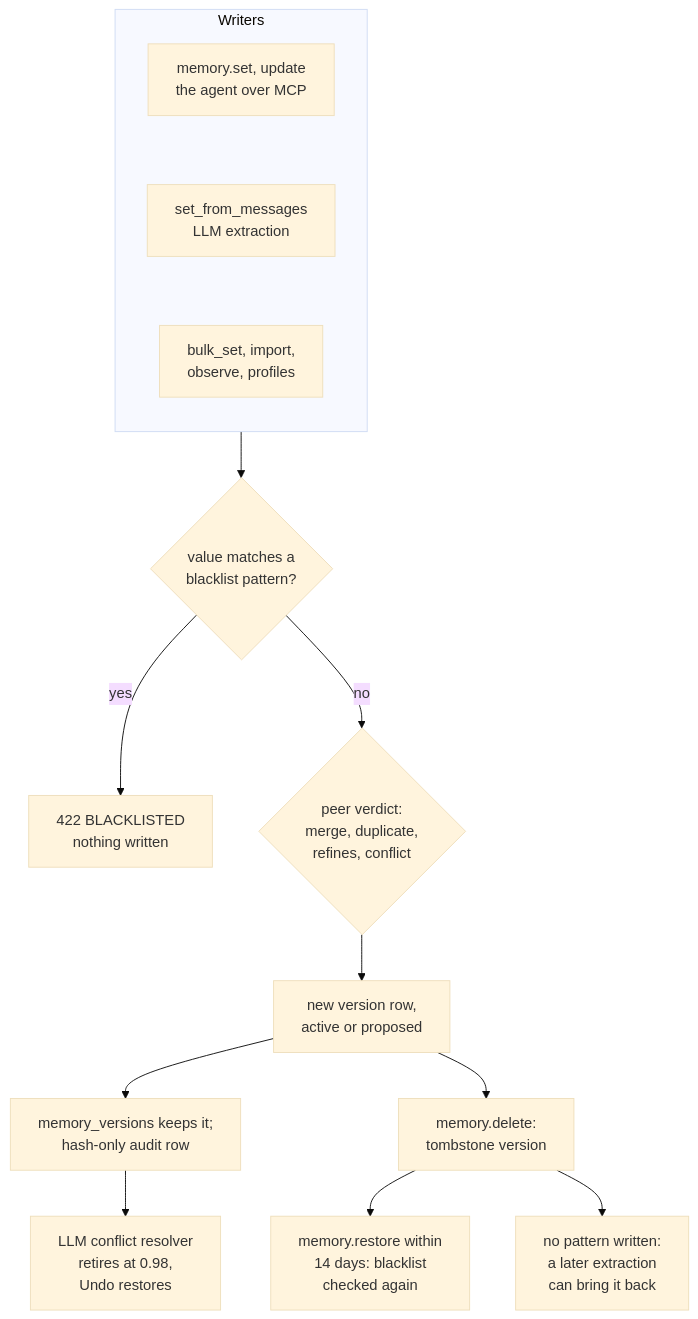
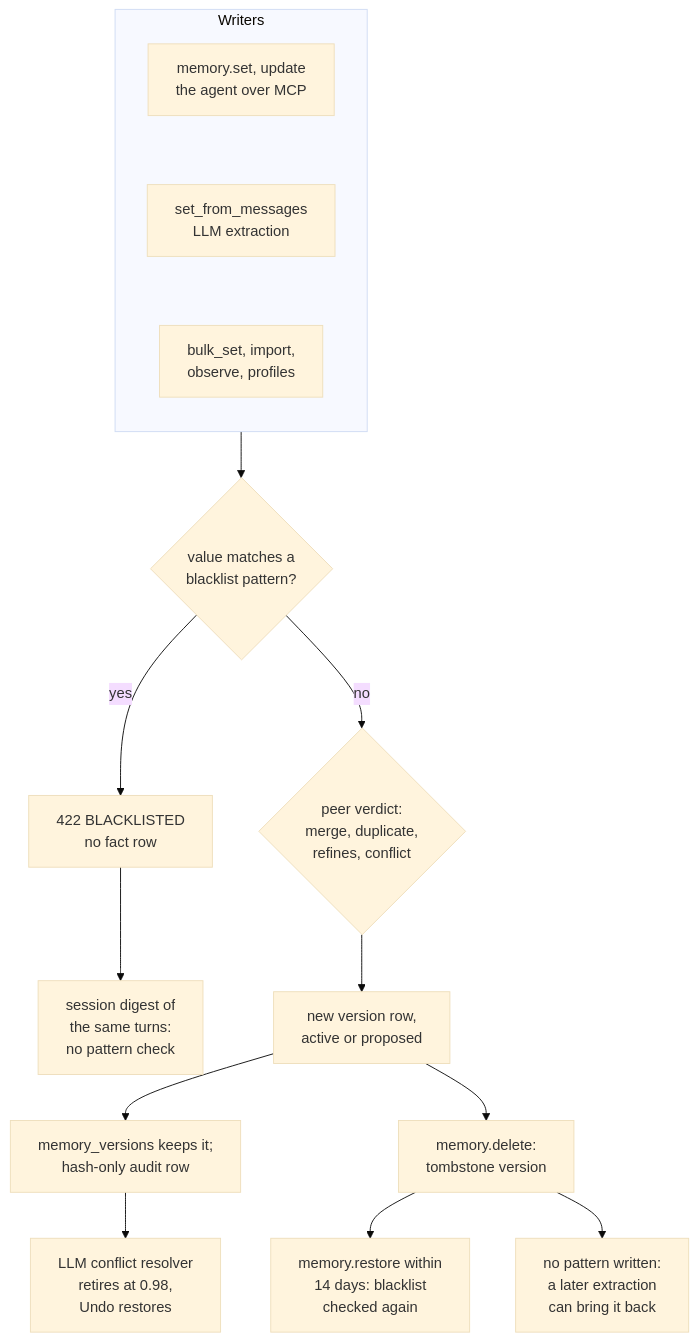
One commit to neoneye/agent-memory-atlas changed the diagram in content/systems/clickhouse-loom.md. Above: the diagram before and after it, drawn with Mermaid (base theme). The commit also changed other lines of this file and 14 other files, not shown here.

````diff
--- a/content/systems/clickhouse-loom.md
+++ b/content/systems/clickhouse-loom.md
@@ -92,20 +96,21 @@
 ```mermaid
-%% caption: a write is checked against the blacklist and its peers before the insert, every version is kept, a restore is checked again, and a delete leaves no pattern behind
+%% caption: a fact is checked against the blacklist and its peers before the insert, every version is kept, a restore is checked again, a delete leaves no pattern behind, and the session digest of the same turns is checked against none
 flowchart TD
   subgraph writers["Writers"]
     direction TB
     SET["memory.set, update<br/>the agent over MCP"]
     EXT["set_from_messages<br/>LLM extraction"]
     IMP["bulk_set, import,<br/>observe, profiles"]
     SET ~~~ EXT ~~~ IMP
   end
   writers --> BL{"value matches a<br/>blacklist pattern?"}
-  BL -->|"yes"| REF["422 BLACKLISTED<br/>nothing written"]
+  BL -->|"yes"| REF["422 BLACKLISTED<br/>no fact row"]
+  REF --> DIG["session digest of<br/>the same turns:<br/>no pattern check"]
   BL -->|"no"| PEER{"peer verdict:<br/>merge, duplicate,<br/>refines, conflict"}
   PEER --> ROW["new version row,<br/>active or proposed"]
   ROW --> VER["memory_versions keeps it;<br/>hash-only audit row"]
   VER --> RES["LLM conflict resolver<br/>retires at 0.98,<br/>Undo restores"]
   ROW --> DEL["memory.delete:<br/>tombstone version"]
   DEL --> RST["memory.restore within<br/>14 days: blacklist<br/>checked again"]
   DEL --> NOP["no pattern written:<br/>a later extraction<br/>can bring it back"]
 ```
````
